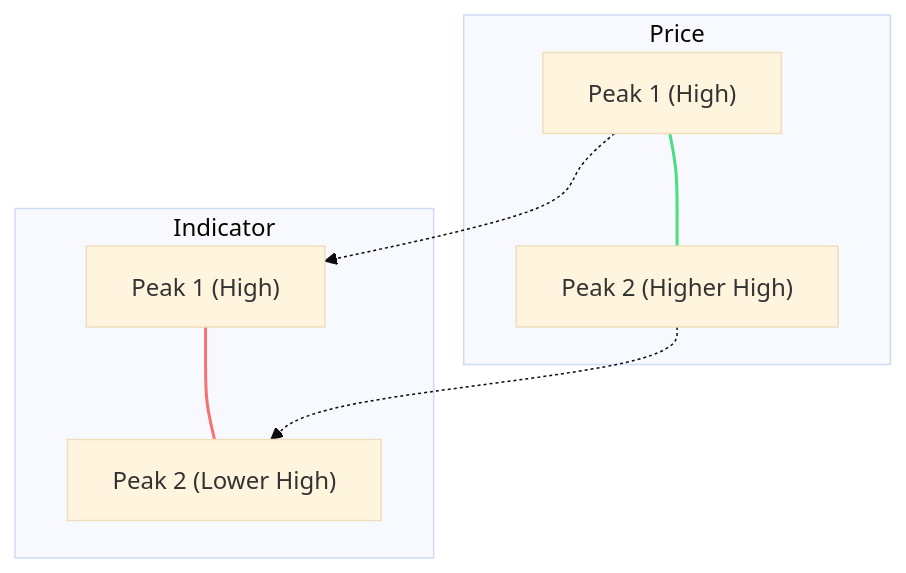
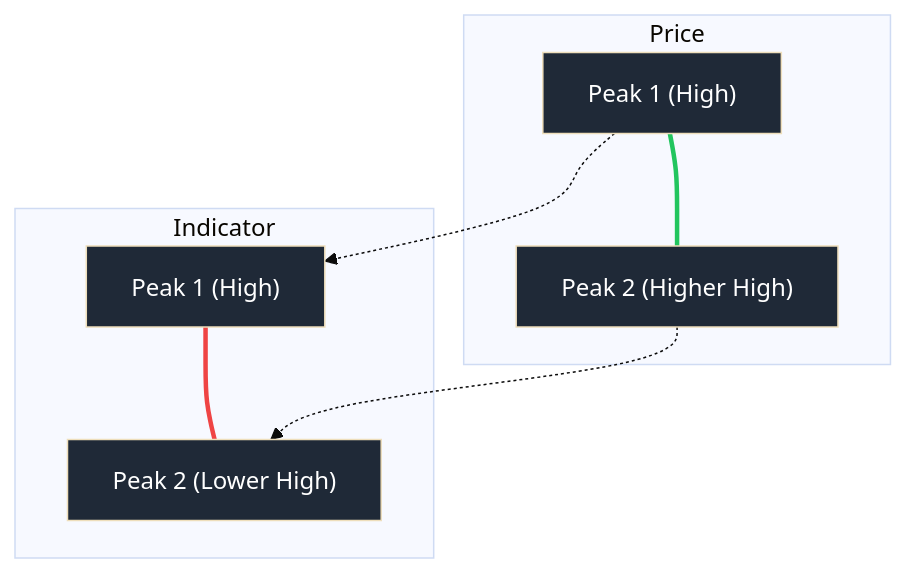
Before and after one commit to rightedges/stockintelligence: the second of 3 diagrams in docs/divergence_algorithm.md, drawn with Mermaid (base theme). The commit also changed other lines of this file, not shown here.

Commit message:
Docs: Improved Mermaid diagram contrast for better readability

````diff
--- a/docs/divergence_algorithm.md
+++ b/docs/divergence_algorithm.md
@@ -32,13 +32,17 @@
 ```mermaid
 graph TD
     subgraph Price
     P1["Peak 1 (High)"] --- P2["Peak 2 (Higher High)"]
     end
     subgraph Indicator
     I1["Peak 1 (High)"] --- I2["Peak 2 (Lower High)"]
     end
     P1 -.-> I1
     P2 -.-> I2
-    linkStyle 0 stroke:#4ade80,stroke-width:2px;
-    linkStyle 1 stroke:#f87171,stroke-width:2px;
+    style P1 fill:#1f2937,color:#fff
+    style P2 fill:#1f2937,color:#fff
+    style I1 fill:#1f2937,color:#fff
+    style I2 fill:#1f2937,color:#fff
+    linkStyle 0 stroke:#22c55e,stroke-width:3px;
+    linkStyle 1 stroke:#ef4444,stroke-width:3px;
 ```
````
